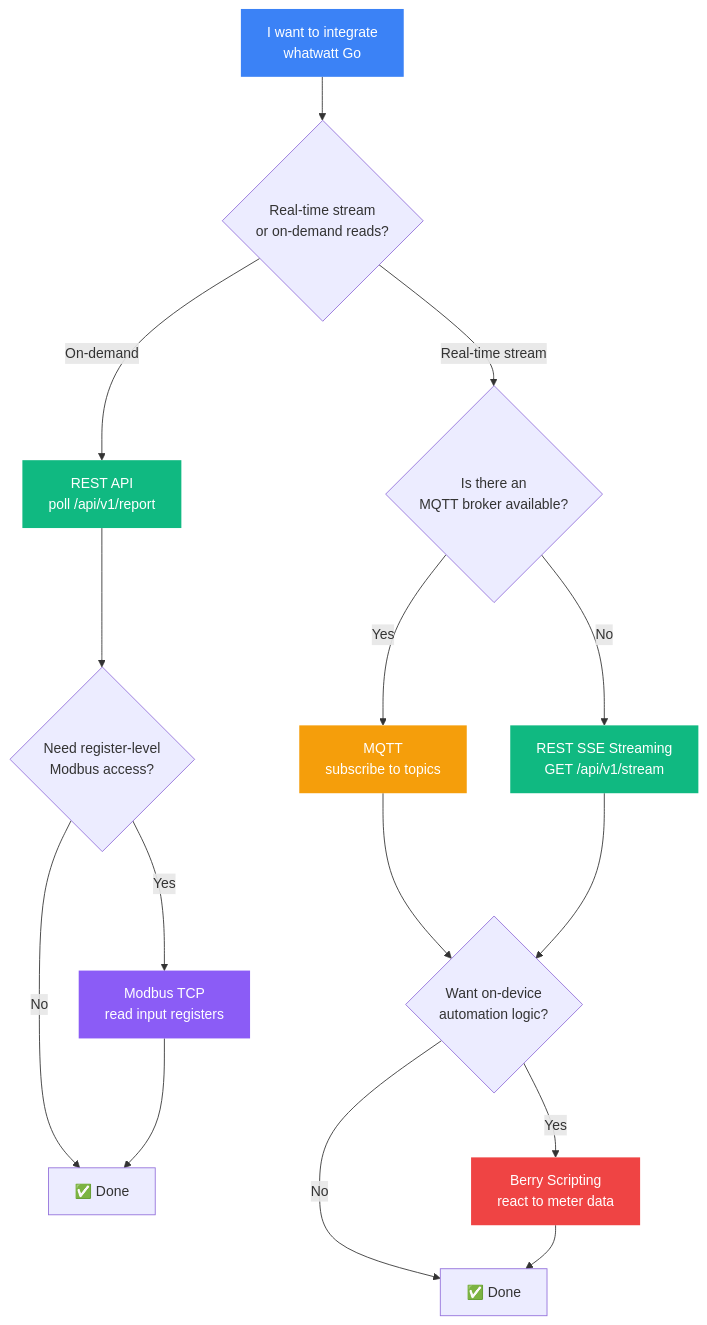
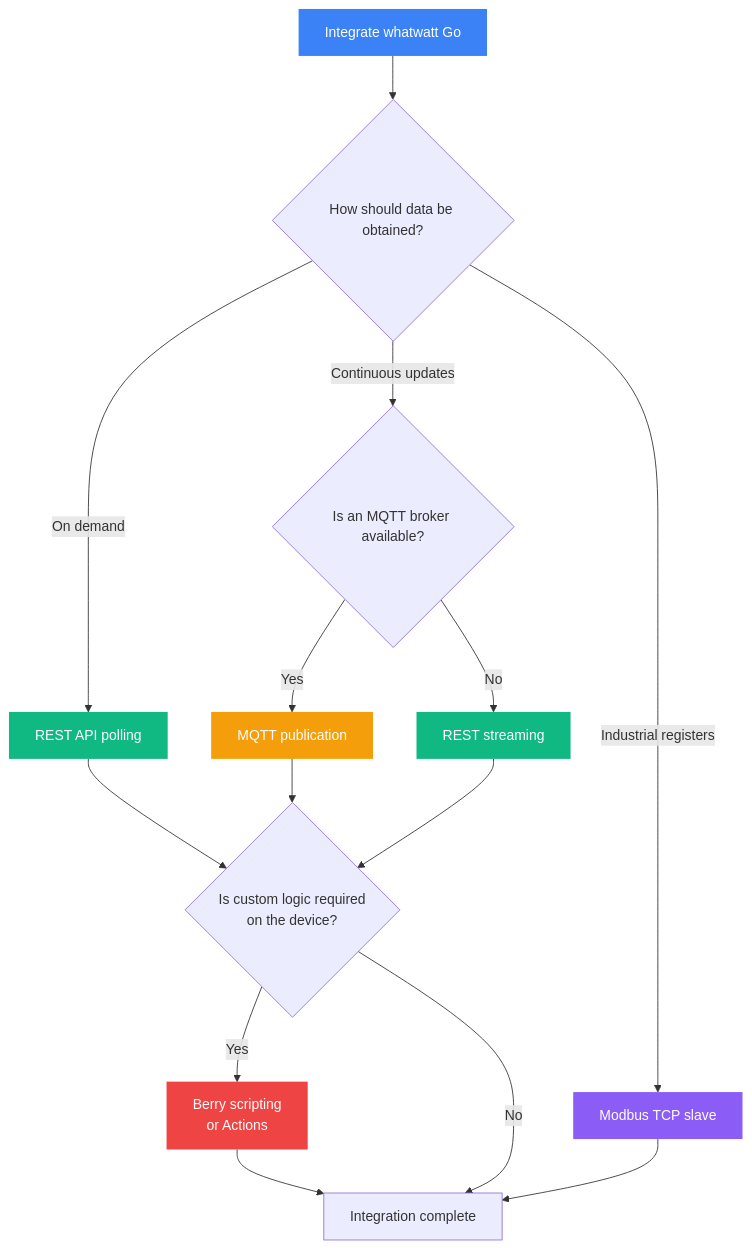
Before and after one commit to whatwatt-ch/whatwatt-go-documentation: the second of 2 diagrams in docs/index.md, drawn with Mermaid. The commit also changed other lines of this file and 1 other file, not shown here.

````diff
--- a/docs/index.md
+++ b/docs/index.md
@@ -118,24 +181,28 @@
 ```mermaid
 flowchart TD
-    Start["I want to integrate<br/>whatwatt Go"] --> Q1{"Real-time stream<br/>or on-demand reads?"}
-    Q1 -->|"On-demand"| REST["REST API<br/>poll /api/v1/report"]
-    Q1 -->|"Real-time stream"| Q2{"Is there an<br/>MQTT broker available?"}
-    Q2 -->|"Yes"| MQTT["MQTT<br/>subscribe to topics"]
-    Q2 -->|"No"| SSE["REST SSE Streaming<br/>GET /api/v1/stream"]
-    REST --> Q3{"Need register-level<br/>Modbus access?"}
-    Q3 -->|"Yes"| MB["Modbus TCP<br/>read input registers"]
-    Q3 -->|"No"| Done1["✅ Done"]
-    MQTT --> Q4{"Want on-device<br/>automation logic?"}
-    SSE --> Q4
-    Q4 -->|"Yes"| BERRY["Berry Scripting<br/>react to meter data"]
-    Q4 -->|"No"| Done2["✅ Done"]
-    MB --> Done1
-    BERRY --> Done2
+    Start["Integrate whatwatt Go"] --> Q1{"How should data be obtained?"}
+
+    Q1 -->|"On demand"| REST["REST API polling"]
+    Q1 -->|"Continuous updates"| Q2{"Is an MQTT broker available?"}
+    Q1 -->|"Industrial registers"| MB["Modbus TCP slave"]
+
+    Q2 -->|"Yes"| MQTT["MQTT publication"]
+    Q2 -->|"No"| SSE["REST streaming"]
+
+    REST --> Q3{"Is custom logic required<br/>on the device?"}
+    MQTT --> Q3
+    SSE --> Q3
+
+    Q3 -->|"Yes"| BERRY["Berry scripting<br/>or Actions"]
+    Q3 -->|"No"| DONE["Integration complete"]
+
+    MB --> DONE
+    BERRY --> DONE
 
     style Start fill:#3b82f6,color:#fff,stroke:none
     style REST fill:#10b981,color:#fff,stroke:none
     style MQTT fill:#f59e0b,color:#fff,stroke:none
     style MB fill:#8b5cf6,color:#fff,stroke:none
     style BERRY fill:#ef4444,color:#fff,stroke:none
     style SSE fill:#10b981,color:#fff,stroke:none
 ```
````
